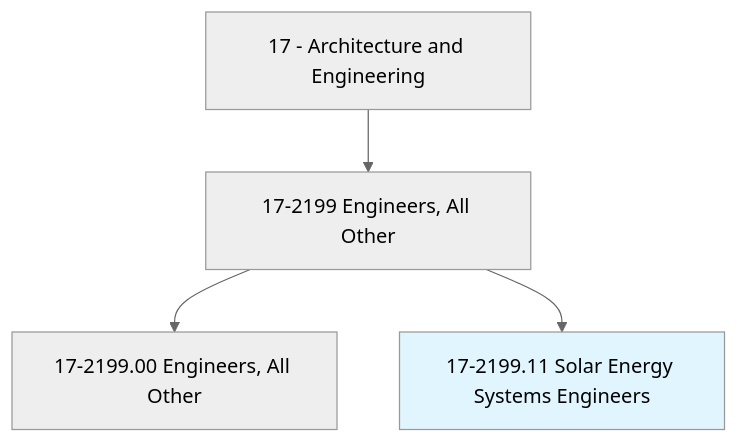
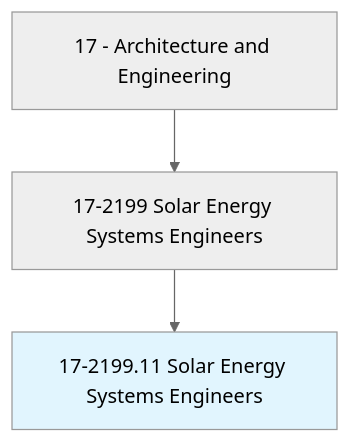
The first of 4 diagrams in occupations/Architecture/SolarEnergySystemsEngineers.mdx (kziemski/business.org.ai), drawn with Mermaid (neutral theme) before and after one commit. The commit also changed other lines of this file and 938 other files, not shown here.

````diff
--- a/occupations/Architecture/SolarEnergySystemsEngineers.mdx
+++ b/occupations/Architecture/SolarEnergySystemsEngineers.mdx
@@ -19,7 +23,6 @@
 ```mermaid
 graph TD
-    Cat17["17 - Architecture and Engineering"] --> Group172199["17-2199 Engineers, All Other"]
-    Group172199 --> Base["17-2199.00 Engineers, All Other"]
+    Cat17["17 - Architecture and Engineering"] --> Group172199["17-2199 Solar Energy Systems Engineers"]
     Group172199 --> Current["17-2199.11 Solar Energy Systems Engineers"]
     style Current fill:#e1f5fe
 ```
````
